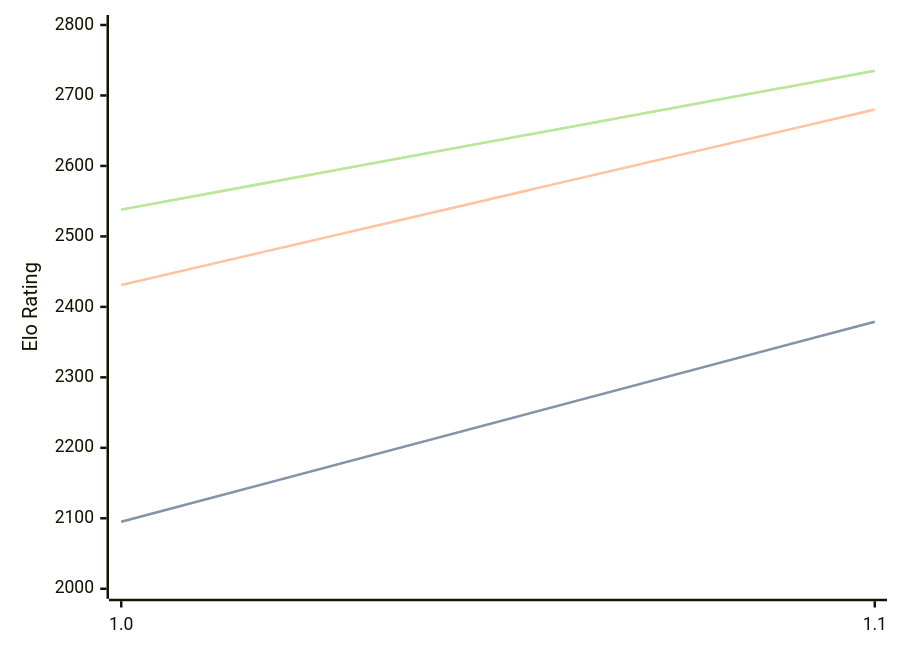
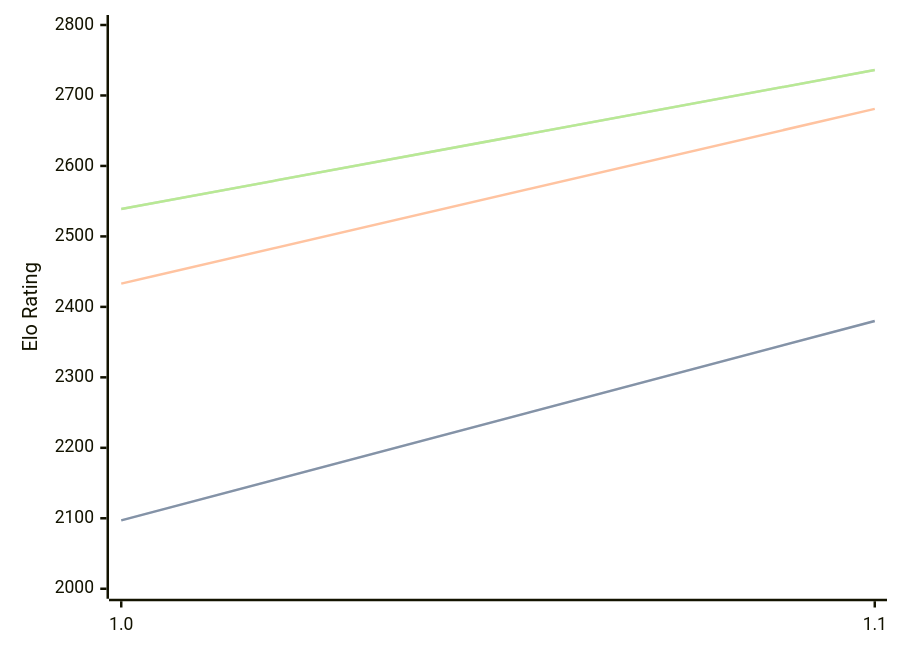
The diagram in engines/Erinn.md (computer-chess-index/cci), drawn with Mermaid before and after one commit. The commit also changed other lines of this file, not shown here.

Commit message:
Update CCI Ratings (ELO VLTC) - 2026-10-09

````diff
--- a/engines/Erinn.md
+++ b/engines/Erinn.md
@@ -33,11 +33,11 @@
 ```mermaid
 %%{init: {"theme":"base","themeVariables":{"seriesColors:['#a3a3a3','#222221','#faa371']}}}%%
 xychart-beta
   x-axis ["1.0", "1.1"]
   y-axis "Elo Rating" 2000 --> 2800
-  line "" [2095, 2379]
-  line "STC (8.0+0.08s)" [2095, 2379]
-  line "LTC (60.0+0.60s)" [2431, 2680]
-  line "" [2538, 2735]
-  line "VLTC (2m24s+1.12s)" [2538, 2735]
+  line "" [2097, 2380]
+  line "STC (8.0+0.08s)" [2097, 2380]
+  line "LTC (60.0+0.60s)" [2433, 2681]
+  line "" [2539, 2736]
+  line "VLTC (2m24s+1.12s)" [2539, 2736]
 ```
````
